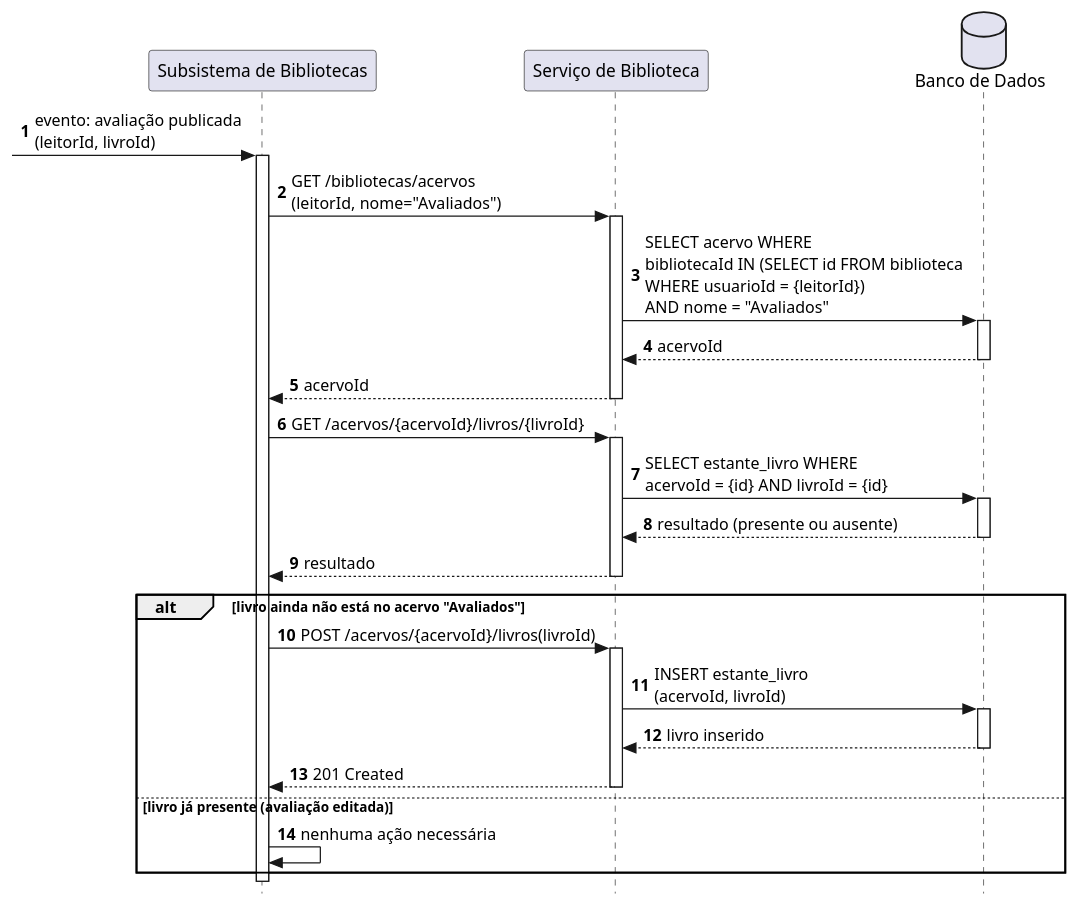
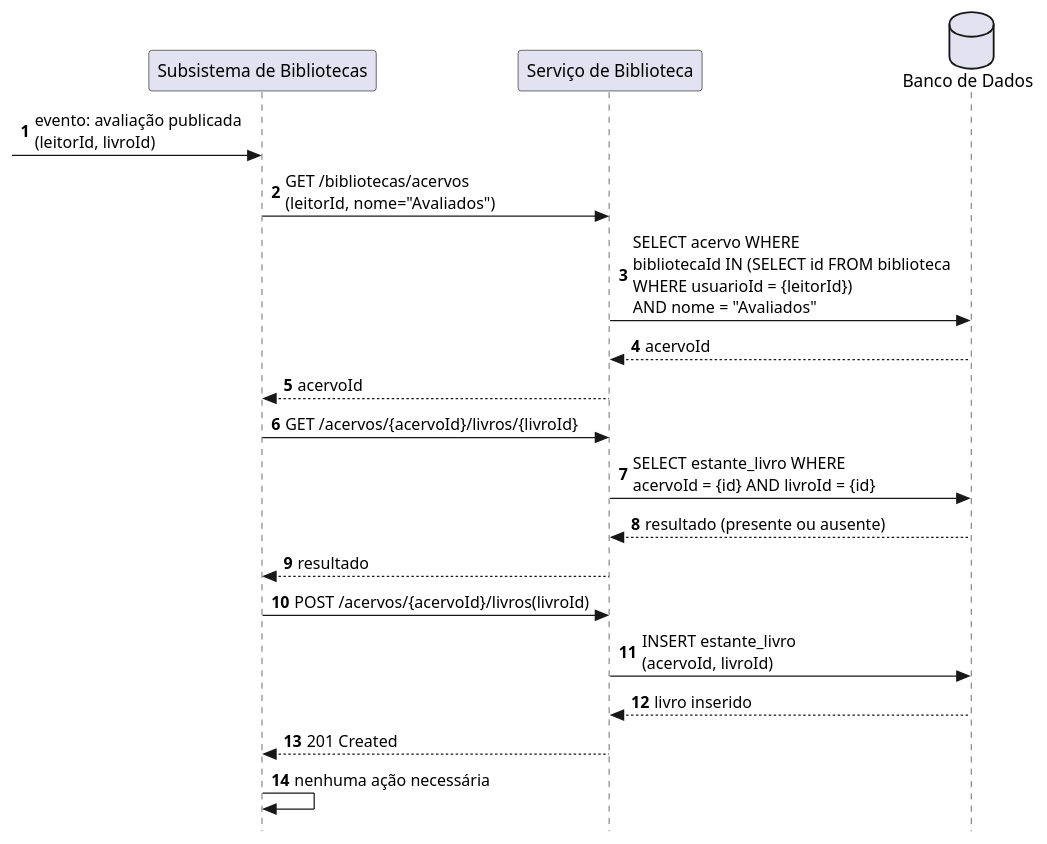
The diagram in docs/codigo-plantuml/diagramas-comunicacao/organizacao/dc-inserir_estante_avaliados.puml (jalv21/iLib), drawn with PlantUML before and after one commit.

Commit message:
docs/criando diagrama de comunicação para inserir estante avaliados

```diff
--- a/docs/codigo-plantuml/diagramas-comunicacao/organizacao/dc-inserir_estante_avaliados.puml
+++ b/docs/codigo-plantuml/diagramas-comunicacao/organizacao/dc-inserir_estante_avaliados.puml
@@ -1,45 +1,27 @@
-@startuml ds-inserir_estante_avaliados
+@startuml dc-inserir_estante_avaliados
 autonumber
 skinparam style strictuml
 
 participant Sistema           as "Subsistema de Bibliotecas"
 participant ServiceBiblioteca as "Serviço de Biblioteca"
 database    BD                as "Banco de Dados"
 
 [-> Sistema : evento: avaliação publicada\n(leitorId, livroId)
-activate Sistema
 
 Sistema -> ServiceBiblioteca : GET /bibliotecas/acervos\n(leitorId, nome="Avaliados")
-activate ServiceBiblioteca
 ServiceBiblioteca -> BD : SELECT acervo WHERE\nbibliotecaId IN (SELECT id FROM biblioteca\nWHERE usuarioId = {leitorId})\nAND nome = "Avaliados"
-activate BD
 BD --> ServiceBiblioteca : acervoId
-deactivate BD
 ServiceBiblioteca --> Sistema : acervoId
-deactivate ServiceBiblioteca
 
 Sistema -> ServiceBiblioteca : GET /acervos/{acervoId}/livros/{livroId}
-activate ServiceBiblioteca
 ServiceBiblioteca -> BD : SELECT estante_livro WHERE\nacervoId = {id} AND livroId = {id}
-activate BD
 BD --> ServiceBiblioteca : resultado (presente ou ausente)
-deactivate BD
 ServiceBiblioteca --> Sistema : resultado
-deactivate ServiceBiblioteca
 
-alt livro ainda não está no acervo "Avaliados"
-    Sistema -> ServiceBiblioteca : POST /acervos/{acervoId}/livros(livroId)
-    activate ServiceBiblioteca
-    ServiceBiblioteca -> BD : INSERT estante_livro\n(acervoId, livroId)
-    activate BD
-    BD --> ServiceBiblioteca : livro inserido
-    deactivate BD
-    ServiceBiblioteca --> Sistema : 201 Created
-    deactivate ServiceBiblioteca
-else livro já presente (avaliação editada)
-    Sistema -> Sistema : nenhuma ação necessária
-end
-
-deactivate Sistema
+Sistema -> ServiceBiblioteca : POST /acervos/{acervoId}/livros(livroId)
+ServiceBiblioteca -> BD : INSERT estante_livro\n(acervoId, livroId)
+BD --> ServiceBiblioteca : livro inserido
+ServiceBiblioteca --> Sistema : 201 Created
+Sistema -> Sistema : nenhuma ação necessária
 
 @enduml
```
